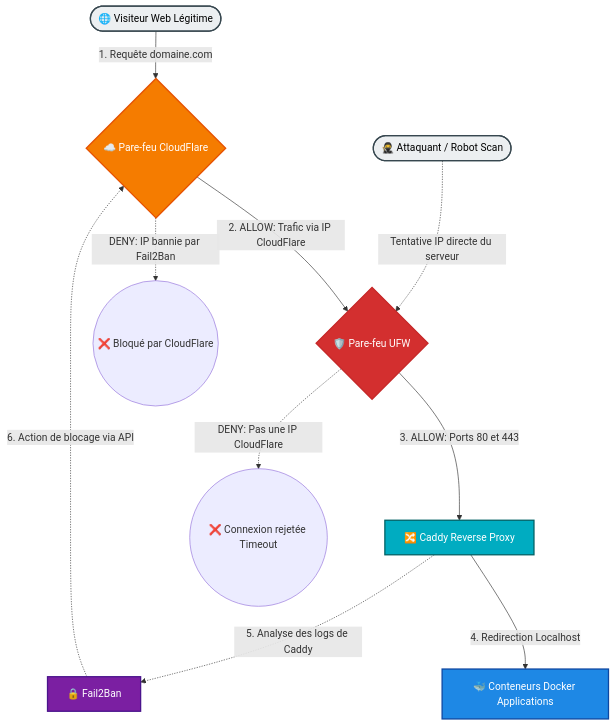
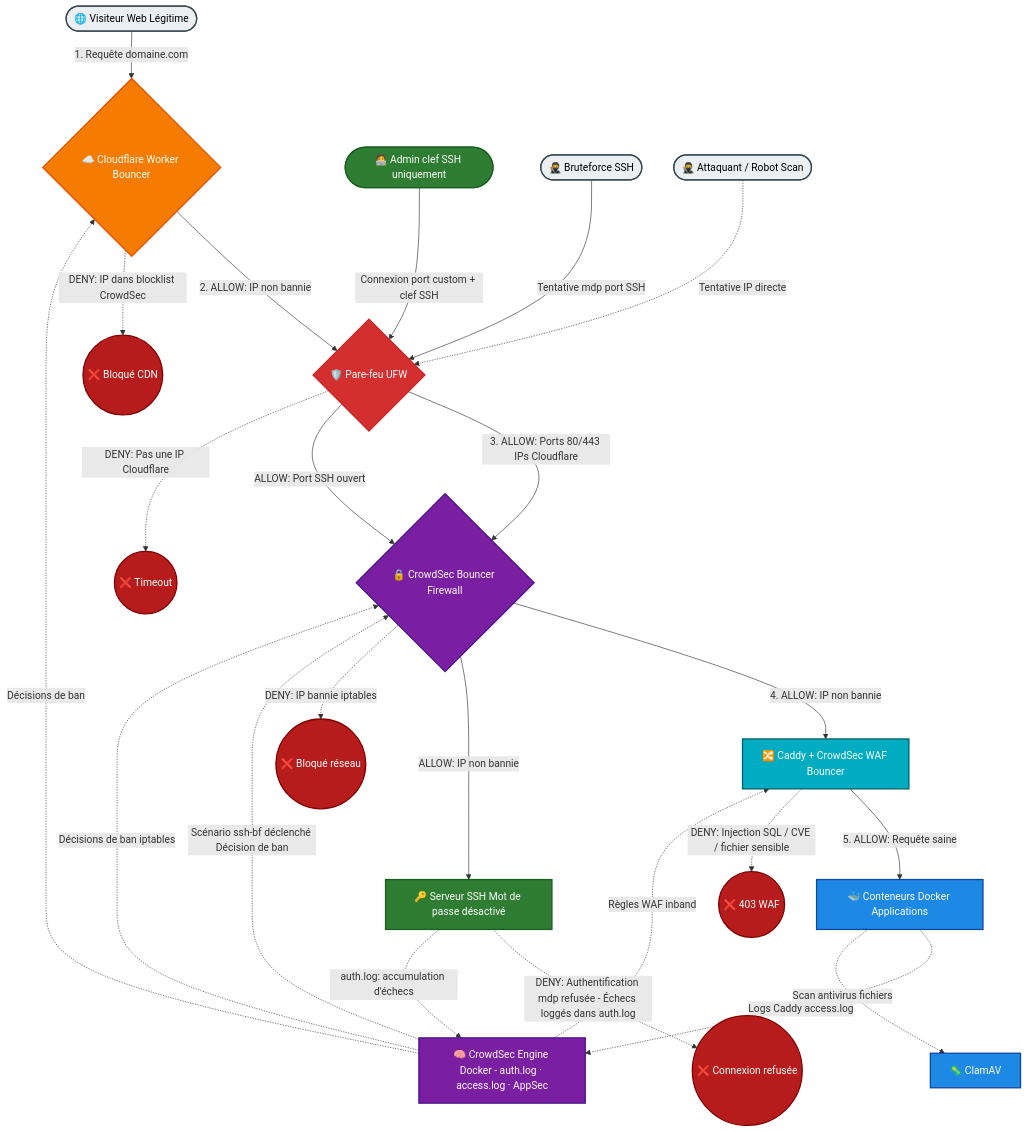
One commit to RogerBytes/DevenirDev changed the diagram in Politique de Sécurité PSSI/02 - Configuration et durcissement du serveur.md. Above: the diagram before and after it, drawn with Mermaid. The commit also changed other lines of this file and 4 other files, not shown here.

````diff
--- a/Politique de Sécurité PSSI/02 - Configuration et durcissement du serveur.md
+++ b/Politique de Sécurité PSSI/02 - Configuration et durcissement du serveur.md
@@ -36,35 +40,57 @@
 ```mermaid
 graph TD
   %% Définition des styles
   classDef internet fill:#eceff1,stroke:#37474f,stroke-width:2px,color:#000;
   classDef cloudflare fill:#f57c00,stroke:#e65100,stroke-width:2px,color:#fff;
+  classDef crowdsec fill:#7b1fa2,stroke:#4a148c,stroke-width:2px,color:#fff;
   classDef ufw fill:#d32f2f,stroke:#c62828,stroke-width:2px,color:#fff;
   classDef caddy fill:#00acc1,stroke:#006064,stroke-width:2px,color:#fff;
   classDef docker fill:#1e88e5,stroke:#0d47a1,stroke-width:2px,color:#fff;
-  classDef f2b fill:#7b1fa2,stroke:#4a148c,stroke-width:2px,color:#fff;
+  classDef blocked fill:#b71c1c,stroke:#7f0000,stroke-width:2px,color:#fff;
+  classDef ssh fill:#2e7d32,stroke:#1b5e20,stroke-width:2px,color:#fff;
 
-  %% Flux Légitime via CloudFlare
-  A([🌐 Visiteur Web Légitime]) -->|1. Requête domaine.com| B{☁️ Pare-feu CloudFlare}
-  B -->|2. ALLOW: Trafic via IP CloudFlare| C{🛡️ Pare-feu UFW}
-  C -->|3. ALLOW: Ports 80 et 443| D[🔀 Caddy Reverse Proxy]
+  %% ─── Flux Web Légitime ───
+  A([🌐 Visiteur Web Légitime]) -->|1. Requête domaine.com| B{☁️ Cloudflare Worker Bouncer}
+  B -->|2. ALLOW: IP non bannie| C{🛡️ Pare-feu UFW}
+  C -->|3. ALLOW: Ports 80/443 IPs Cloudflare| D{🔒 CrowdSec Bouncer Firewall}
+  D -->|4. ALLOW: IP non bannie| E[🔀 Caddy + CrowdSec WAF Bouncer]
+  E -->|5. ALLOW: Requête saine| F[🐳 Conteneurs Docker Applications]
 
-  %% Flux Malveillant (Tentative de contournement direct)
-  E([🥷 Attaquant / Robot Scan]) -.->|Tentative IP directe du serveur| C
-  C -.->|DENY: Pas une IP CloudFlare| X((❌ Connexion rejetée Timeout))
+  %% ─── Flux SSH Légitime ───
+  ADM([🧑‍💻 Admin clef SSH uniquement]) -->|Connexion port custom + clef SSH| C
+  D -->|ALLOW: IP non bannie| SSH[🔑 Serveur SSH Mot de passe désactivé]
 
-  %% Interne au Serveur et Boucle Fail2Ban
-  D -->|4. Redirection Localhost| F[🐳 Conteneurs Docker Applications]
-  D -.->|5. Analyse des logs de Caddy| G[🔒 Fail2Ban]
-  G -.->|6. Action de blocage via API| B
+  %% ─── Flux SSH Malveillant ───
+  BOT([🥷 Bruteforce SSH]) -->|Tentative mdp port SSH| C
+  C -->|ALLOW: Port SSH ouvert| D
+  SSH -.->|DENY: Authentification mdp refusée - Échecs loggés dans auth.log| X5((❌ Connexion refusée))
+  SSH -.->|auth.log: accumulation d'échecs| H
+  H -.->|Scénario ssh-bf déclenché Décision de ban| D
 
-  %% Blocage au niveau de Cloudflare pour les récidivistes
-  B -.->|DENY: IP bannie par Fail2Ban| Y((❌ Bloqué par CloudFlare))
+  %% ─── Flux Malveillant Web ───
+  G([🥷 Attaquant / Robot Scan]) -.->|Tentative IP directe| C
+  C -.->|DENY: Pas une IP Cloudflare| X1((❌ Timeout))
+  B -.->|DENY: IP dans blocklist CrowdSec| X2((❌ Bloqué CDN))
+  D -.->|DENY: IP bannie iptables| X3((❌ Bloqué réseau))
+  E -.->|DENY: Injection SQL / CVE / fichier sensible| X4((❌ 403 WAF))
 
-  %% Application des styles
-  class A,E internet;
+  %% ─── CrowdSec Engine ───
+  H[🧠 CrowdSec Engine Docker - auth.log · access.log · AppSec] -.->|Décisions de ban| B
+  H -.->|Décisions de ban iptables| D
+  H -.->|Règles WAF inband| E
+  F -.->|Logs Caddy access.log| H
+
+  %% ─── ClamAV ───
+  F -.->|Scan antivirus fichiers| I[🦠 ClamAV]
+
+  %% ─── Application des styles ───
+  class A,G,BOT internet;
+  class ADM ssh;
   class B cloudflare;
   class C ufw;
-  class D caddy;
-  class F docker;
-  class G f2b;
+  class D,H crowdsec;
+  class E caddy;
+  class SSH ssh;
+  class F,I docker;
+  class X1,X2,X3,X4,X5,X6 blocked;
 ```
````
